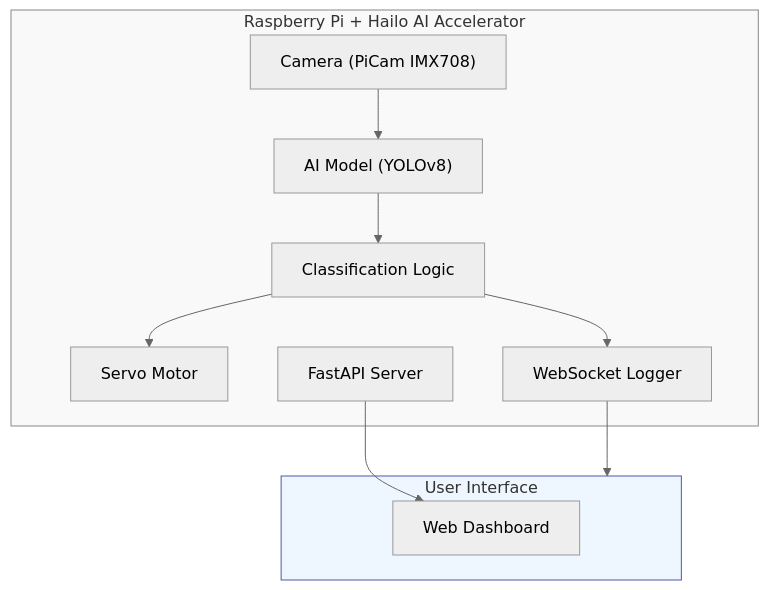
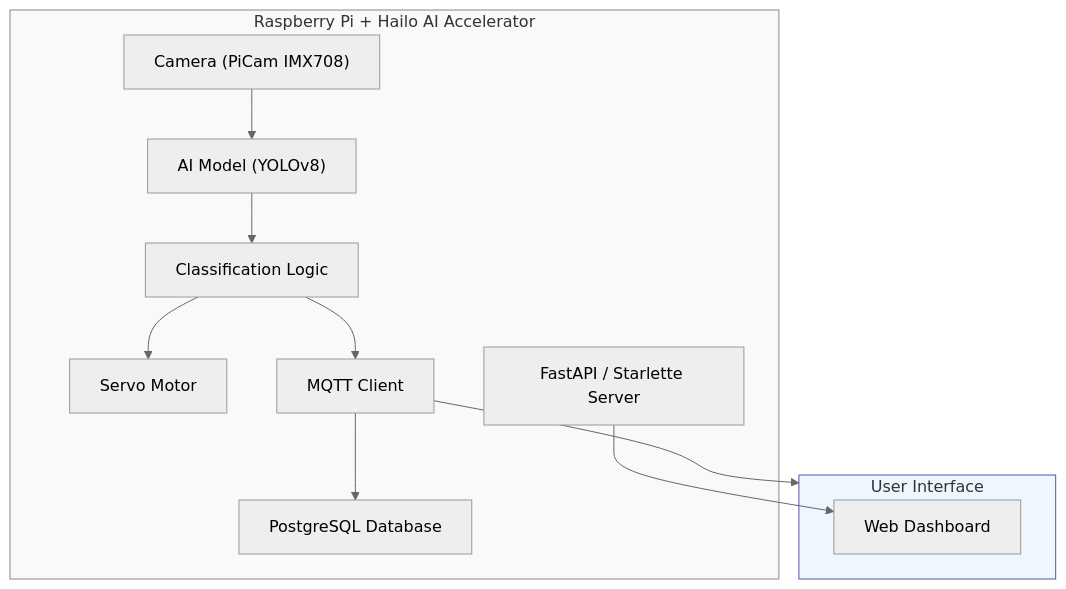
One commit to imang212/PS_Project changed the diagram in README.md. Above: the diagram before and after it, drawn with Mermaid (neutral theme). The commit also changed other lines of this file, not shown here.

````diff
--- a/README.md
+++ b/README.md
@@ -15,22 +23,24 @@
 ```mermaid
 flowchart TD
     subgraph RPI[Raspberry Pi + Hailo AI Accelerator]
         CAM["Camera (PiCam IMX708)"]
-        SERVO["Servo Motor"]
         MODEL["AI Model (YOLOv8)"]
         DECISION["Classification Logic"]
-        LOGGER["WebSocket Logger"]
-        WEB["FastAPI Server"]
+        SERVO["Servo Motor"]
+        LOGGER["MQTT Client"]
+        WEB["FastAPI / Starlette Server"]
+        DB["PostgreSQL Database"]
     end
     CAM --> MODEL
     MODEL --> DECISION
     DECISION --> SERVO
     DECISION --> LOGGER
     LOGGER --> USER
+    LOGGER --> DB
     subgraph USER[User Interface]
         UI[Web Dashboard]
     end
     WEB --> UI
     style RPI fill:#f9f9f9,stroke:#888,stroke-width:1px
     style USER fill:#eef6ff,stroke:#55a,stroke-width:1px
 ```
````
